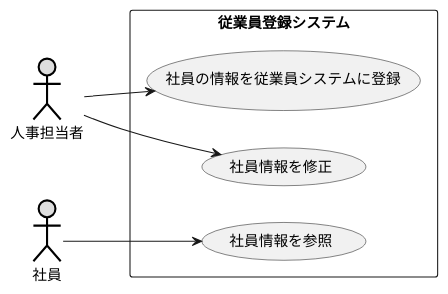
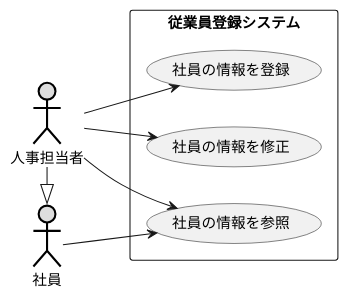
The diagram in 演習2-6_盛岡システム_従業員登録システム.pu (Takhshi/uml-introduction), drawn with PlantUML before and after one commit.

Commit message:
演習の修正

```diff
--- a/演習2-6_盛岡システム_従業員登録システム.pu
+++ b/演習2-6_盛岡システム_従業員登録システム.pu
@@ -1,13 +1,15 @@
 @startuml 演習2-6
 left to right direction
 actor 人事担当者 #DDDDDD;line:black;line.bold;
 actor 社員 #DDDDDD;line:black;line.bold;
 rectangle 従業員登録システム {
-usecase 社員の情報を従業員システムに登録
-usecase 社員情報を修正
-usecase 社員情報を参照
+usecase 社員の情報を登録
+usecase 社員の情報を修正
+usecase 社員の情報を参照
 }
-人事担当者 --> 社員の情報を従業員システムに登録
-人事担当者 --> 社員情報を修正
-社員 --> 社員情報を参照
+社員 --> 社員の情報を参照
+人事担当者 --> 社員の情報を参照
+人事担当者 --> 社員の情報を登録
+人事担当者 --> 社員の情報を修正
+人事担当者 -|> 社員
 @enduml
```
